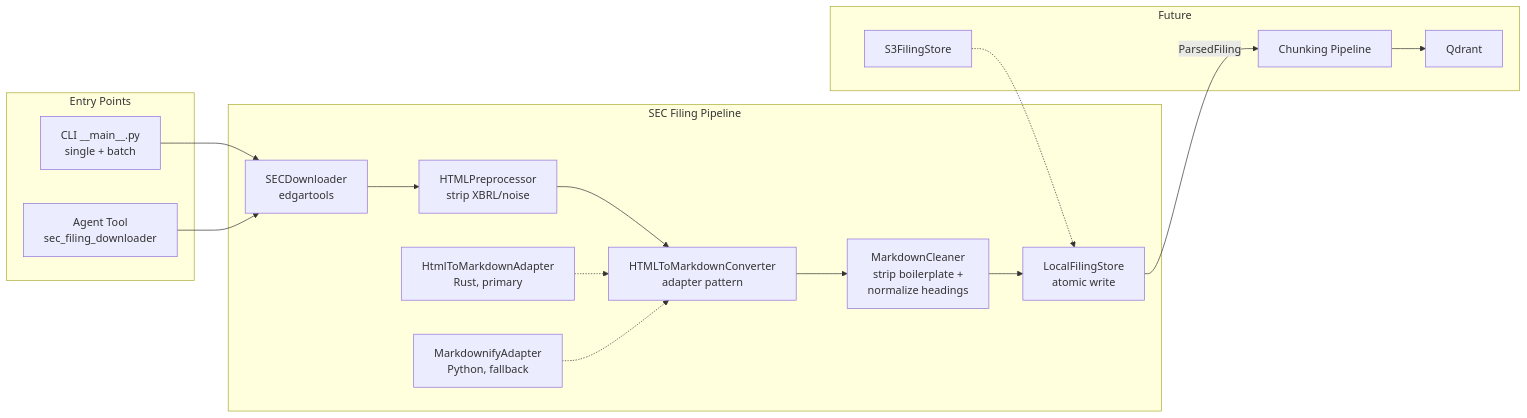
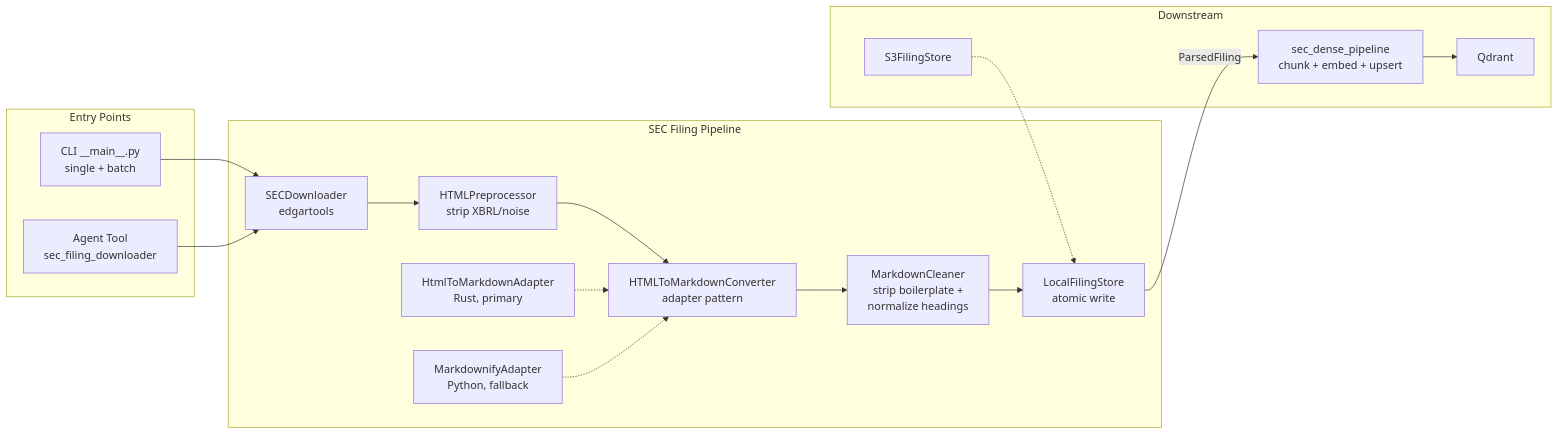
Before and after one commit to wei-yiting/fin-lab-x: the first of 2 diagrams in backend/ingestion/sec_filing_pipeline/README.md, drawn with Mermaid. The commit also changed other lines of this file and 46 other files, not shown here.

First line of the commit message:
feat(sec-pipeline): v2 RAG pipeline — dense vector ingest, search, eval (#11)

````diff
--- a/backend/ingestion/sec_filing_pipeline/README.md
+++ b/backend/ingestion/sec_filing_pipeline/README.md
@@ -7,24 +7,24 @@
 ```mermaid
 graph LR
     subgraph "SEC Filing Pipeline"
         A[SECDownloader<br/>edgartools] --> B[HTMLPreprocessor<br/>strip XBRL/noise]
         B --> C[HTMLToMarkdownConverter<br/>adapter pattern]
         C --> M[MarkdownCleaner<br/>strip boilerplate +<br/>normalize headings]
         M --> D[LocalFilingStore<br/>atomic write]
 
         C1[HtmlToMarkdownAdapter<br/>Rust, primary] -.-> C
         C2[MarkdownifyAdapter<br/>Python, fallback] -.-> C
     end
 
     subgraph "Entry Points"
         CLI[CLI __main__.py<br/>single + batch] --> A
         Tool[Agent Tool<br/>sec_filing_downloader] --> A
     end
 
-    subgraph "Future"
+    subgraph "Downstream"
         D2[S3FilingStore] -.-> D
-        E[Chunking Pipeline] --> F[Qdrant]
+        E["sec_dense_pipeline<br/>chunk + embed + upsert"] --> F[Qdrant]
     end
 
     D -- "ParsedFiling" --> E
 ```
````
